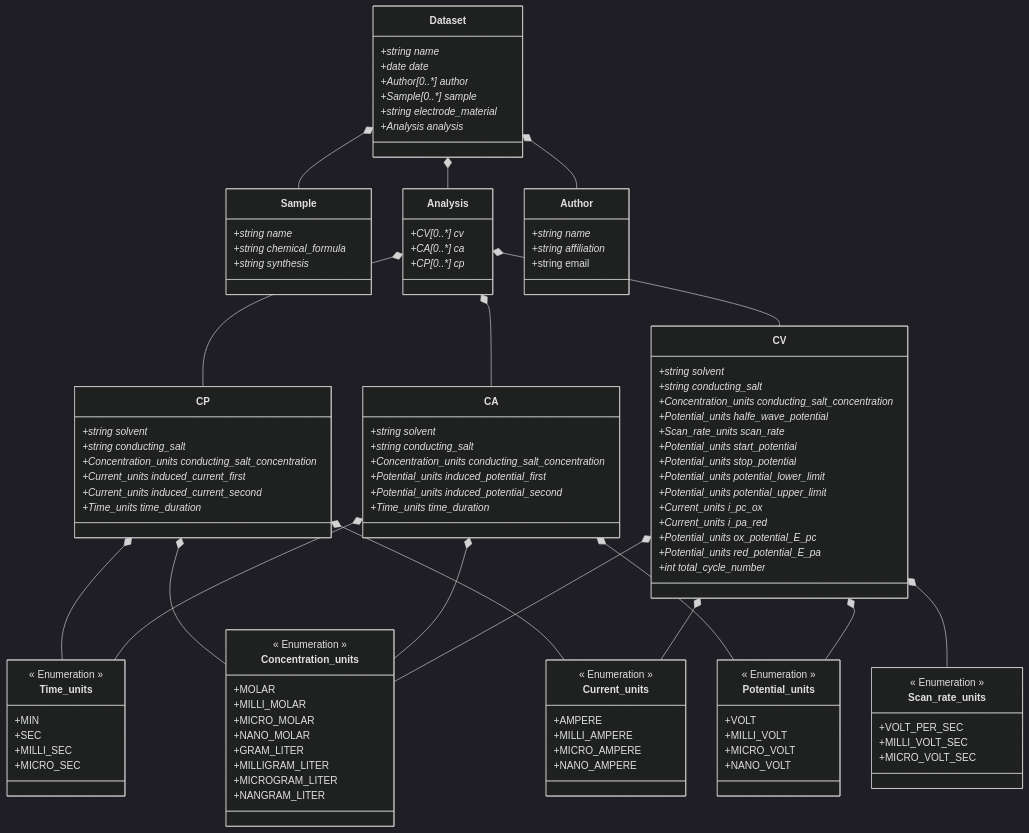
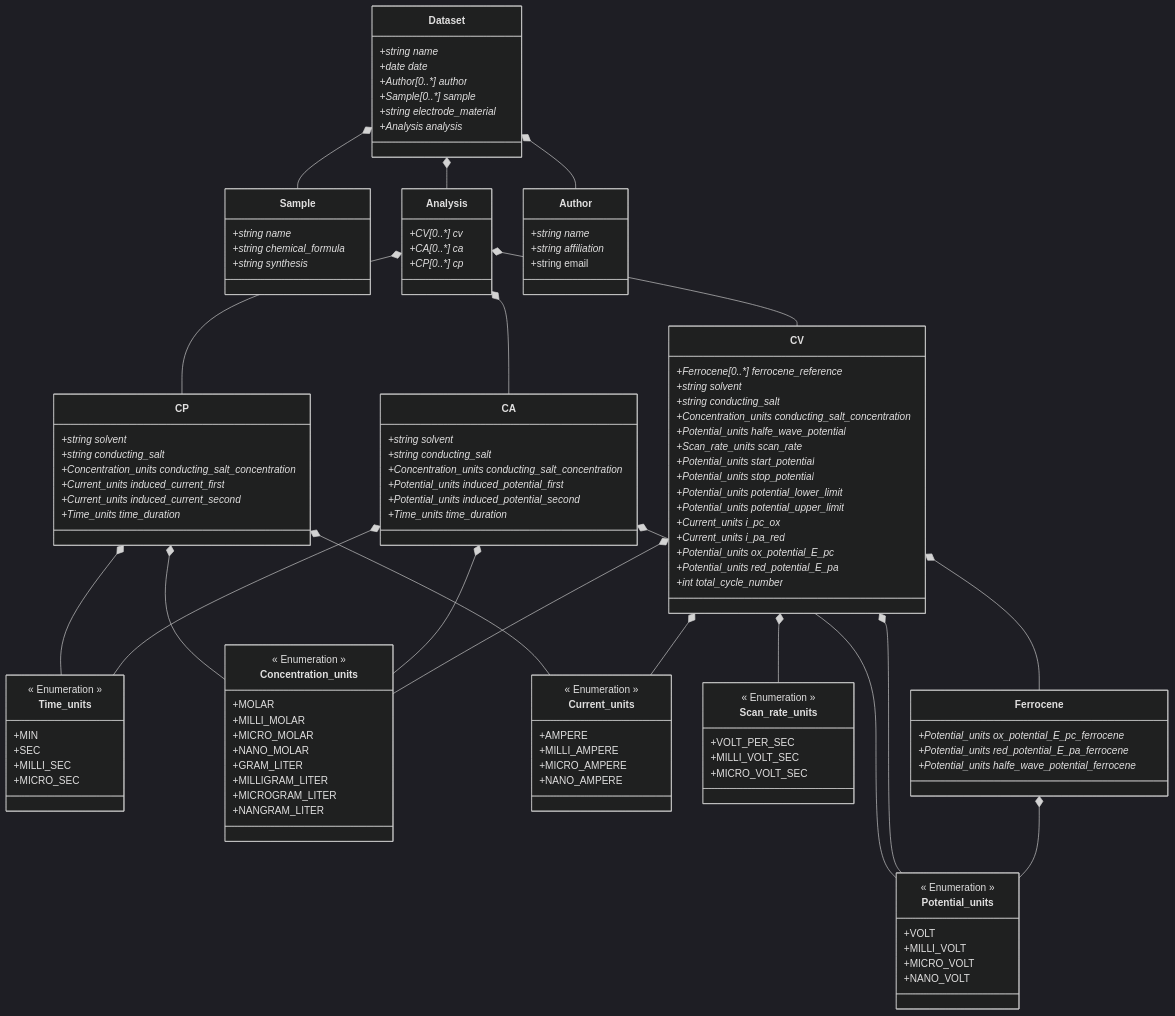
One commit to FAIRChemistry/datamodel-electrochemistry changed the diagram in ElectrochemistryDataModel/schemes/electrochemistrydatamodel_schema.md. Above: the diagram before and after it, drawn with Mermaid (dark theme). The commit also changed 10 other files, not shown here.

```diff
--- a/ElectrochemistryDataModel/schemes/electrochemistrydatamodel_schema.md
+++ b/ElectrochemistryDataModel/schemes/electrochemistrydatamodel_schema.md
@@ -16,6 +16,8 @@
     CV *-- Scan_rate_units
     CV *-- Current_units
     CV *-- Potential_units
+    CV *-- Ferrocene
+    Ferrocene *-- Potential_units
     
     class Dataset {
         +string name*
@@ -57,6 +59,7 @@
     }
     
     class CV {
+        +Ferrocene[0..*] ferrocene_reference*
         +string solvent*
         +string conducting_salt*
         +Concentration_units conducting_salt_concentration*
@@ -71,6 +74,12 @@
         +Potential_units ox_potential_E_pc*
         +Potential_units red_potential_E_pa*
         +int total_cycle_number*
+    }
+    
+    class Ferrocene {
+        +Potential_units ox_potential_E_pc_ferrocene*
+        +Potential_units red_potential_E_pa_ferrocene*
+        +Potential_units halfe_wave_potential_ferrocene*
     }
     
     class Author {
```
